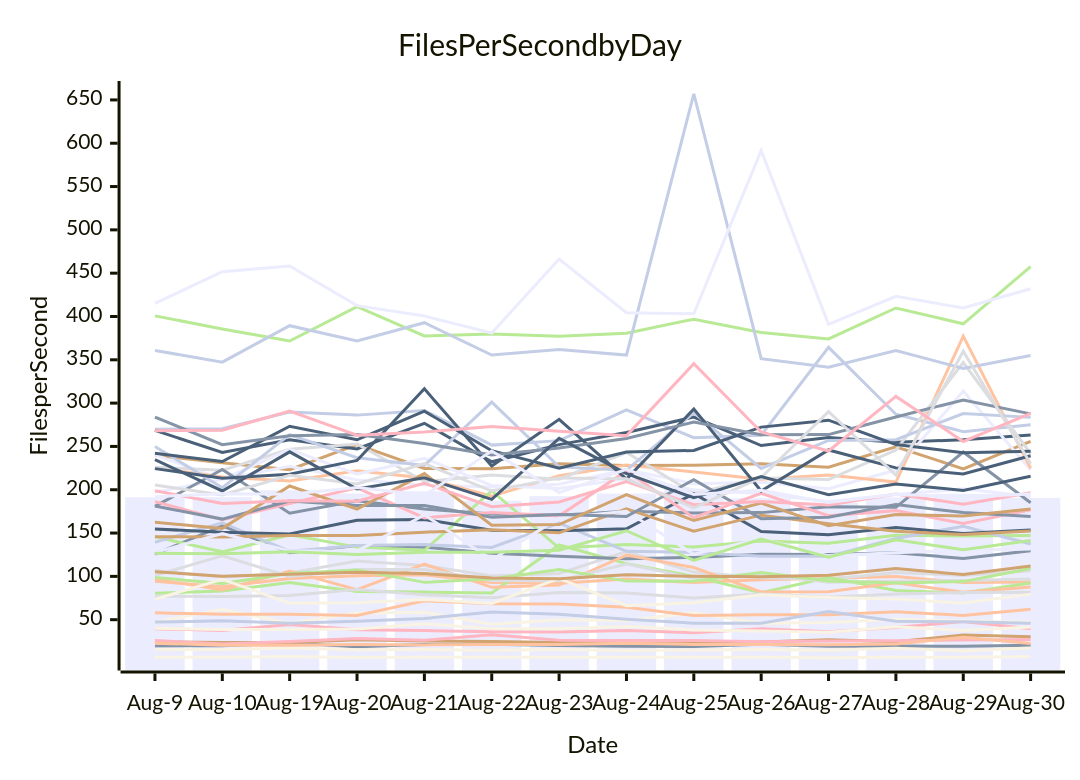
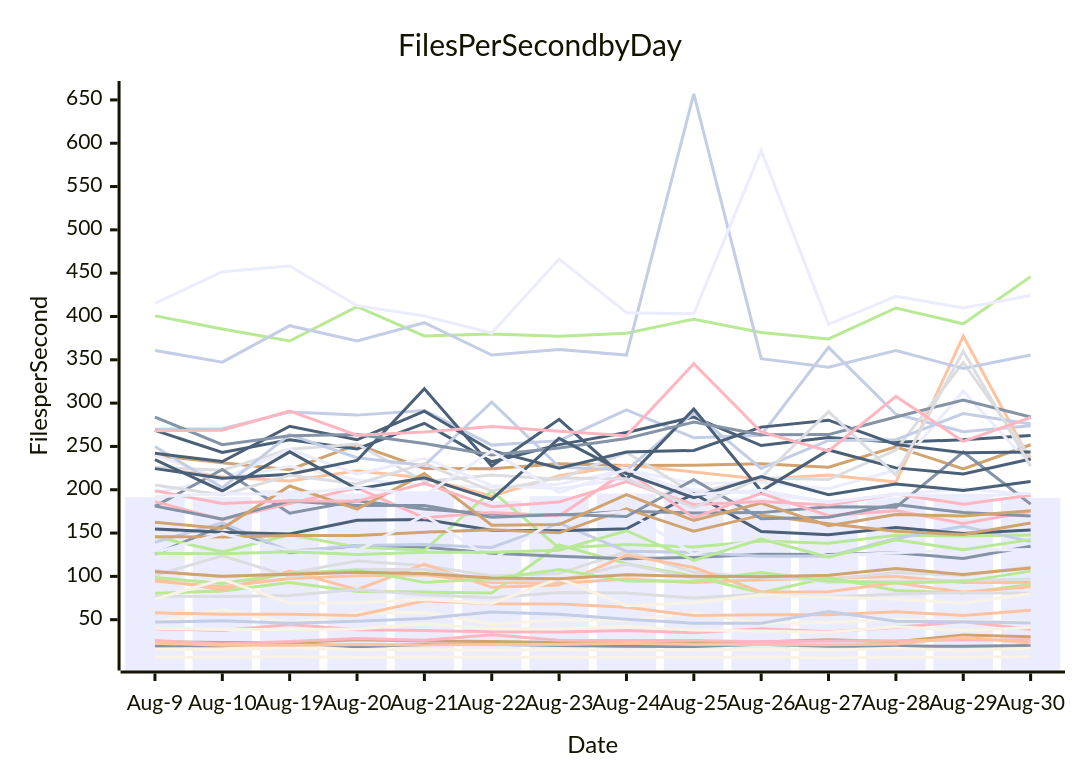
The diagram in perf-report.md (streetsidesoftware/cspell), drawn with Mermaid before and after one commit. The commit also changed other lines of this file and 2 other files, not shown here.

````diff
--- a/perf-report.md
+++ b/perf-report.md
@@ -11,57 +11,57 @@
 ```mermaid
 xychart-beta
     title Files Per Second by Day
     y-axis Files per Second
     x-axis Date [Aug-9, Aug-10, Aug-19, Aug-20, Aug-21, Aug-22, Aug-23, Aug-24, Aug-25, Aug-26, Aug-27, Aug-28, Aug-29, Aug-30]
-    bar [191.27, 191.48, 199.45, 195.67, 198.22, 187.40, 192.61, 195.61, 200.69, 190.24, 185.15, 191.23, 195.37, 190.62]
-    line [19.76, 19.87, 23.15, 18.80, 21.30, 21.70, 20.11, 19.24, 18.97, 21.74, 19.44, 19.50, 19.20, 20.48]
-    line [94.45, 88.13, 97.66, 100.71, 101.93, 92.80, 92.11, 97.07, 92.83, 96.14, 97.78, 99.79, 92.99, 93.46]
-    line [106.66, 99.38, 103.80, 117.71, 112.47, 100.50, 103.30, 128.71, 104.89, 98.28, 96.78, 104.60, 101.13, 106.51]
-    line [80.61, 83.15, 92.81, 82.44, 81.86, 80.75, 136.22, 114.72, 99.92, 81.00, 98.60, 83.62, 80.81, 92.45]
-    line [239.79, 231.09, 223.10, 252.00, 224.60, 224.17, 230.06, 227.93, 228.22, 229.99, 225.97, 249.68, 224.12, 255.93]
-    line [269.81, 270.47, 289.77, 286.14, 291.59, 251.52, 256.69, 292.19, 260.02, 262.94, 364.38, 287.21, 267.07, 275.05]
-    line [39.52, 37.52, 44.46, 38.46, 37.42, 35.96, 35.65, 37.61, 34.82, 39.47, 36.12, 40.86, 48.01, 39.50]
-    line [268.54, 243.09, 257.77, 247.18, 276.72, 232.23, 252.08, 266.01, 283.94, 251.01, 260.27, 254.92, 257.60, 263.25]
-    line [6.78, 6.60, 7.51, 6.38, 6.72, 6.55, 6.77, 6.55, 6.58, 6.64, 6.06, 6.53, 6.57, 7.36]
-    line [240.17, 211.99, 227.00, 211.38, 205.51, 203.10, 206.43, 223.33, 206.89, 208.72, 201.20, 222.72, 313.85, 222.86]
-    line [125.68, 158.27, 127.25, 135.61, 133.76, 126.70, 123.28, 120.42, 121.90, 125.42, 125.26, 127.33, 120.64, 129.68]
-    line [225.24, 214.74, 210.02, 221.88, 213.58, 192.56, 216.27, 228.68, 220.47, 211.98, 216.89, 208.83, 377.28, 224.86]
-    line [225.91, 222.58, 246.74, 252.74, 209.47, 217.12, 212.13, 242.98, 195.81, 213.43, 211.78, 245.83, 346.89, 241.73]
-    line [145.75, 128.32, 148.05, 133.76, 130.09, 198.58, 132.66, 136.89, 133.84, 140.74, 138.14, 147.54, 146.55, 147.25]
-    line [24.65, 23.72, 23.68, 26.94, 25.51, 24.79, 23.76, 23.53, 22.75, 24.32, 26.78, 24.44, 32.43, 30.24]
-    line [139.45, 161.93, 128.87, 135.71, 136.66, 133.36, 161.38, 128.87, 127.62, 123.35, 123.11, 143.71, 157.94, 137.38]
-    line [25.95, 22.03, 24.86, 28.29, 26.21, 32.71, 26.20, 26.09, 26.00, 24.43, 25.37, 25.72, 26.51, 27.03]
-    line [154.75, 150.93, 149.02, 164.86, 165.64, 153.35, 152.64, 155.02, 195.52, 151.70, 148.17, 156.31, 149.39, 153.42]
-    line [15.80, 15.53, 17.25, 15.28, 15.49, 14.84, 15.46, 14.39, 15.01, 15.63, 14.69, 17.08, 14.10, 17.33]
-    line [196.97, 211.99, 246.59, 218.10, 236.31, 204.94, 201.38, 212.81, 200.01, 195.34, 186.50, 194.59, 201.00, 192.28]
-    line [180.75, 223.35, 172.94, 187.16, 177.68, 172.01, 170.49, 175.09, 173.22, 173.59, 180.48, 179.74, 243.56, 184.94]
-    line [96.93, 84.41, 106.12, 84.61, 114.12, 87.31, 89.99, 124.55, 110.24, 81.92, 82.24, 92.49, 81.67, 87.73]
-    line [77.16, 76.75, 77.91, 84.91, 78.76, 75.34, 81.46, 80.77, 74.97, 79.78, 75.90, 79.64, 81.40, 81.58]
-    line [400.74, 385.62, 371.65, 411.46, 377.61, 379.88, 377.18, 380.64, 396.91, 381.52, 374.08, 409.79, 391.59, 457.48]
-    line [145.79, 145.58, 147.10, 147.08, 151.07, 153.94, 150.27, 178.09, 152.08, 170.66, 160.71, 152.01, 148.28, 152.25]
-    line [249.96, 202.34, 263.67, 236.99, 228.06, 301.20, 226.40, 222.40, 289.06, 224.56, 256.87, 257.70, 287.97, 283.54]
-    line [186.27, 165.43, 184.07, 202.12, 167.51, 173.85, 169.85, 221.75, 167.75, 195.90, 170.00, 175.89, 161.05, 176.79]
-    line [224.37, 213.27, 217.89, 233.79, 316.48, 227.32, 281.23, 212.31, 293.11, 198.49, 245.94, 225.24, 218.17, 239.19]
-    line [47.00, 61.84, 45.89, 57.63, 58.67, 44.77, 49.92, 49.06, 57.90, 45.60, 46.71, 50.51, 48.37, 46.99]
-    line [127.47, 149.55, 129.16, 129.10, 170.99, 119.13, 167.47, 175.06, 125.57, 143.51, 123.67, 127.21, 130.16, 131.46]
-    line [181.18, 166.12, 186.93, 181.85, 181.88, 168.34, 171.35, 169.12, 211.70, 166.64, 168.34, 182.86, 173.63, 169.07]
-    line [57.90, 56.15, 56.35, 54.76, 71.89, 68.47, 68.09, 64.39, 54.76, 55.64, 55.71, 59.28, 54.85, 62.09]
-    line [101.07, 123.80, 99.87, 108.06, 107.98, 95.34, 94.96, 114.12, 97.84, 103.09, 93.25, 94.27, 95.28, 96.93]
-    line [98.84, 91.76, 103.43, 107.49, 93.08, 97.11, 107.90, 94.53, 94.47, 104.38, 94.67, 92.38, 93.95, 109.13]
-    line [162.48, 155.40, 204.32, 177.59, 218.64, 159.00, 159.79, 194.26, 164.45, 184.75, 158.60, 171.47, 169.60, 177.84]
-    line [360.76, 347.31, 389.41, 371.89, 392.82, 355.53, 361.83, 355.43, 657.12, 351.25, 341.51, 360.76, 340.11, 355.04]
-    line [198.91, 184.05, 187.41, 186.67, 207.48, 180.49, 185.92, 209.38, 182.67, 186.49, 182.43, 194.97, 183.27, 196.47]
-    line [242.10, 232.62, 273.32, 257.69, 290.62, 245.10, 224.83, 243.49, 245.36, 272.30, 280.33, 252.18, 242.64, 244.52]
-    line [73.60, 96.61, 68.89, 69.48, 73.38, 68.77, 97.84, 66.15, 69.59, 78.77, 75.57, 73.80, 69.15, 79.50]
-    line [415.14, 451.69, 458.22, 412.53, 400.53, 380.98, 466.37, 404.40, 403.18, 591.49, 390.96, 423.25, 409.89, 432.00]
-    line [283.77, 252.09, 262.36, 263.68, 253.37, 240.18, 248.22, 259.20, 278.18, 263.50, 263.68, 284.05, 303.63, 287.55]
-    line [22.84, 20.59, 20.47, 21.22, 20.90, 21.42, 21.40, 22.88, 21.36, 21.22, 21.19, 22.04, 29.75, 22.41]
-    line [205.56, 193.98, 216.67, 206.61, 230.20, 198.53, 213.69, 212.64, 179.07, 214.07, 290.22, 216.81, 359.94, 230.00]
-    line [126.64, 126.17, 128.45, 125.27, 127.94, 127.77, 130.20, 152.67, 118.34, 143.02, 122.15, 142.33, 130.77, 141.36]
-    line [105.46, 100.11, 102.43, 104.89, 103.21, 98.21, 97.36, 101.78, 100.00, 99.58, 101.28, 109.08, 102.06, 112.00]
-    line [47.26, 48.66, 46.00, 48.26, 51.42, 58.83, 56.30, 50.38, 45.97, 45.91, 59.43, 48.16, 47.53, 45.85]
-    line [268.09, 268.70, 290.78, 262.94, 266.60, 272.93, 267.45, 262.37, 345.57, 266.69, 244.68, 307.76, 255.74, 288.10]
-    line [234.76, 198.61, 243.75, 200.90, 213.71, 188.91, 259.37, 218.53, 190.79, 215.33, 194.36, 206.72, 199.24, 215.61]
-    line [39.98, 38.63, 38.64, 39.11, 45.24, 39.50, 39.66, 42.07, 38.23, 36.94, 35.58, 41.81, 37.53, 41.42]
-    line [192.03, 195.48, 194.87, 202.54, 193.62, 244.63, 196.70, 223.56, 194.58, 199.46, 185.25, 194.89, 191.72, 195.08]
+    bar [191.27, 191.48, 199.45, 195.67, 198.22, 187.40, 192.61, 195.61, 200.69, 190.24, 185.15, 191.23, 195.37, 190.66]
+    line [19.76, 19.87, 23.15, 18.80, 21.30, 21.70, 20.11, 19.24, 18.97, 21.74, 19.44, 19.50, 19.20, 20.29]
+    line [94.45, 88.13, 97.66, 100.71, 101.93, 92.80, 92.11, 97.07, 92.83, 96.14, 97.78, 99.79, 92.99, 92.91]
+    line [106.66, 99.38, 103.80, 117.71, 112.47, 100.50, 103.30, 128.71, 104.89, 98.28, 96.78, 104.60, 101.13, 110.99]
+    line [80.61, 83.15, 92.81, 82.44, 81.86, 80.75, 136.22, 114.72, 99.92, 81.00, 98.60, 83.62, 80.81, 90.73]
+    line [239.79, 231.09, 223.10, 252.00, 224.60, 224.17, 230.06, 227.93, 228.22, 229.99, 225.97, 249.68, 224.12, 251.93]
+    line [269.81, 270.47, 289.77, 286.14, 291.59, 251.52, 256.69, 292.19, 260.02, 262.94, 364.38, 287.21, 267.07, 273.91]
+    line [39.52, 37.52, 44.46, 38.46, 37.42, 35.96, 35.65, 37.61, 34.82, 39.47, 36.12, 40.86, 48.01, 38.71]
+    line [268.54, 243.09, 257.77, 247.18, 276.72, 232.23, 252.08, 266.01, 283.94, 251.01, 260.27, 254.92, 257.60, 262.61]
+    line [6.78, 6.60, 7.51, 6.38, 6.72, 6.55, 6.77, 6.55, 6.58, 6.64, 6.06, 6.53, 6.57, 7.50]
+    line [240.17, 211.99, 227.00, 211.38, 205.51, 203.10, 206.43, 223.33, 206.89, 208.72, 201.20, 222.72, 313.85, 228.24]
+    line [125.68, 158.27, 127.25, 135.61, 133.76, 126.70, 123.28, 120.42, 121.90, 125.42, 125.26, 127.33, 120.64, 134.87]
+    line [225.24, 214.74, 210.02, 221.88, 213.58, 192.56, 216.27, 228.68, 220.47, 211.98, 216.89, 208.83, 377.28, 233.62]
+    line [225.91, 222.58, 246.74, 252.74, 209.47, 217.12, 212.13, 242.98, 195.81, 213.43, 211.78, 245.83, 346.89, 237.31]
+    line [145.75, 128.32, 148.05, 133.76, 130.09, 198.58, 132.66, 136.89, 133.84, 140.74, 138.14, 147.54, 146.55, 147.89]
+    line [24.65, 23.72, 23.68, 26.94, 25.51, 24.79, 23.76, 23.53, 22.75, 24.32, 26.78, 24.44, 32.43, 30.20]
+    line [139.45, 161.93, 128.87, 135.71, 136.66, 133.36, 161.38, 128.87, 127.62, 123.35, 123.11, 143.71, 157.94, 140.09]
+    line [25.95, 22.03, 24.86, 28.29, 26.21, 32.71, 26.20, 26.09, 26.00, 24.43, 25.37, 25.72, 26.51, 26.78]
+    line [154.75, 150.93, 149.02, 164.86, 165.64, 153.35, 152.64, 155.02, 195.52, 151.70, 148.17, 156.31, 149.39, 153.57]
+    line [15.80, 15.53, 17.25, 15.28, 15.49, 14.84, 15.46, 14.39, 15.01, 15.63, 14.69, 17.08, 14.10, 16.89]
+    line [196.97, 211.99, 246.59, 218.10, 236.31, 204.94, 201.38, 212.81, 200.01, 195.34, 186.50, 194.59, 201.00, 194.40]
+    line [180.75, 223.35, 172.94, 187.16, 177.68, 172.01, 170.49, 175.09, 173.22, 173.59, 180.48, 179.74, 243.56, 183.39]
+    line [96.93, 84.41, 106.12, 84.61, 114.12, 87.31, 89.99, 124.55, 110.24, 81.92, 82.24, 92.49, 81.67, 87.98]
+    line [77.16, 76.75, 77.91, 84.91, 78.76, 75.34, 81.46, 80.77, 74.97, 79.78, 75.90, 79.64, 81.40, 80.60]
+    line [400.74, 385.62, 371.65, 411.46, 377.61, 379.88, 377.18, 380.64, 396.91, 381.52, 374.08, 409.79, 391.59, 446.02]
+    line [145.79, 145.58, 147.10, 147.08, 151.07, 153.94, 150.27, 178.09, 152.08, 170.66, 160.71, 152.01, 148.28, 161.52]
+    line [249.96, 202.34, 263.67, 236.99, 228.06, 301.20, 226.40, 222.40, 289.06, 224.56, 256.87, 257.70, 287.97, 275.97]
+    line [186.27, 165.43, 184.07, 202.12, 167.51, 173.85, 169.85, 221.75, 167.75, 195.90, 170.00, 175.89, 161.05, 174.98]
+    line [224.37, 213.27, 217.89, 233.79, 316.48, 227.32, 281.23, 212.31, 293.11, 198.49, 245.94, 225.24, 218.17, 235.55]
+    line [47.00, 61.84, 45.89, 57.63, 58.67, 44.77, 49.92, 49.06, 57.90, 45.60, 46.71, 50.51, 48.37, 47.17]
+    line [127.47, 149.55, 129.16, 129.10, 170.99, 119.13, 167.47, 175.06, 125.57, 143.51, 123.67, 127.21, 130.16, 131.07]
+    line [181.18, 166.12, 186.93, 181.85, 181.88, 168.34, 171.35, 169.12, 211.70, 166.64, 168.34, 182.86, 173.63, 169.72]
+    line [57.90, 56.15, 56.35, 54.76, 71.89, 68.47, 68.09, 64.39, 54.76, 55.64, 55.71, 59.28, 54.85, 60.88]
+    line [101.07, 123.80, 99.87, 108.06, 107.98, 95.34, 94.96, 114.12, 97.84, 103.09, 93.25, 94.27, 95.28, 96.92]
+    line [98.84, 91.76, 103.43, 107.49, 93.08, 97.11, 107.90, 94.53, 94.47, 104.38, 94.67, 92.38, 93.95, 106.05]
+    line [162.48, 155.40, 204.32, 177.59, 218.64, 159.00, 159.79, 194.26, 164.45, 184.75, 158.60, 171.47, 169.60, 175.85]
+    line [360.76, 347.31, 389.41, 371.89, 392.82, 355.53, 361.83, 355.43, 657.12, 351.25, 341.51, 360.76, 340.11, 355.61]
+    line [198.91, 184.05, 187.41, 186.67, 207.48, 180.49, 185.92, 209.38, 182.67, 186.49, 182.43, 194.97, 183.27, 193.52]
+    line [242.10, 232.62, 273.32, 257.69, 290.62, 245.10, 224.83, 243.49, 245.36, 272.30, 280.33, 252.18, 242.64, 243.66]
+    line [73.60, 96.61, 68.89, 69.48, 73.38, 68.77, 97.84, 66.15, 69.59, 78.77, 75.57, 73.80, 69.15, 79.93]
+    line [415.14, 451.69, 458.22, 412.53, 400.53, 380.98, 466.37, 404.40, 403.18, 591.49, 390.96, 423.25, 409.89, 424.23]
+    line [283.77, 252.09, 262.36, 263.68, 253.37, 240.18, 248.22, 259.20, 278.18, 263.50, 263.68, 284.05, 303.63, 283.93]
+    line [22.84, 20.59, 20.47, 21.22, 20.90, 21.42, 21.40, 22.88, 21.36, 21.22, 21.19, 22.04, 29.75, 23.19]
+    line [205.56, 193.98, 216.67, 206.61, 230.20, 198.53, 213.69, 212.64, 179.07, 214.07, 290.22, 216.81, 359.94, 227.22]
+    line [126.64, 126.17, 128.45, 125.27, 127.94, 127.77, 130.20, 152.67, 118.34, 143.02, 122.15, 142.33, 130.77, 142.43]
+    line [105.46, 100.11, 102.43, 104.89, 103.21, 98.21, 97.36, 101.78, 100.00, 99.58, 101.28, 109.08, 102.06, 109.53]
+    line [47.26, 48.66, 46.00, 48.26, 51.42, 58.83, 56.30, 50.38, 45.97, 45.91, 59.43, 48.16, 47.53, 46.29]
+    line [268.09, 268.70, 290.78, 262.94, 266.60, 272.93, 267.45, 262.37, 345.57, 266.69, 244.68, 307.76, 255.74, 283.43]
+    line [234.76, 198.61, 243.75, 200.90, 213.71, 188.91, 259.37, 218.53, 190.79, 215.33, 194.36, 206.72, 199.24, 209.50]
+    line [39.98, 38.63, 38.64, 39.11, 45.24, 39.50, 39.66, 42.07, 38.23, 36.94, 35.58, 41.81, 37.53, 40.97]
+    line [192.03, 195.48, 194.87, 202.54, 193.62, 244.63, 196.70, 223.56, 194.58, 199.46, 185.25, 194.89, 191.72, 196.07]
 ```
````
